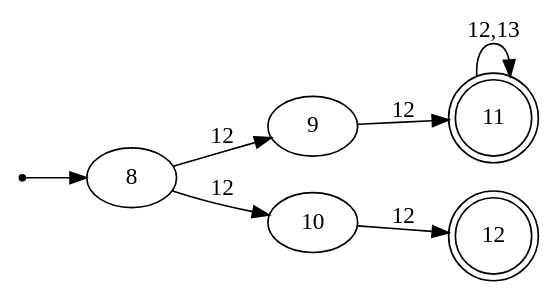
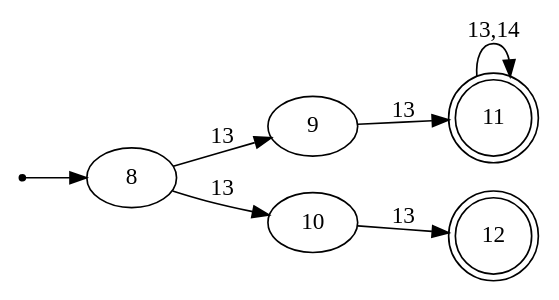
The diagram in automataExamples/automataFND/automata3.dot (GiovA07/A), drawn with Graphviz before and after one commit. The commit also changed 4 other files, not shown here.

```diff
--- a/automataExamples/automataFND/automata3.dot
+++ b/automataExamples/automataFND/automata3.dot
@@ -1,17 +1,17 @@
 digraph{
 
 rankdir=LR;
 inic[shape=point];
 
 inic->8;
 
-8->9 [label="12"];
-8->10 [label="12"];
-9->11 [label="12"];
-10->12 [label="12"];
-11->11 [label="12,13"];
+8->9 [label="13"];
+8->10 [label="13"];
+9->11 [label="13"];
+10->12 [label="13"];
+11->11 [label="13,14"];
 
 11[shape=doublecircle];
 12[shape=doublecircle];
 
 }
```
